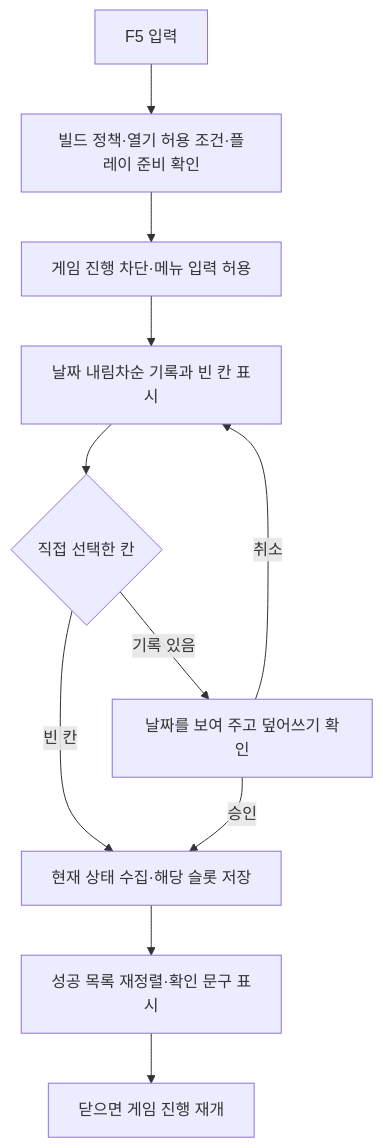
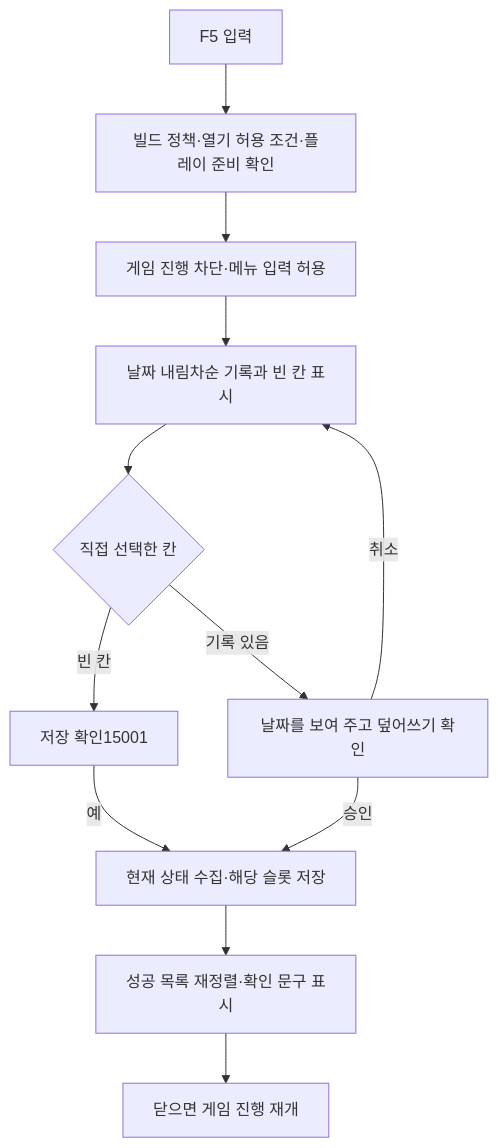
One commit to lkhwcf-arch/Human_Ghost- changed the sixth of 7 diagrams in Docs/개발자용 설계문서/저장 기능 설계.md. Above: the diagram before and after it, drawn with Mermaid. The commit also changed other lines of this file and 38 other files, not shown here.

````diff
--- a/Docs/개발자용 설계문서/저장 기능 설계.md
+++ b/Docs/개발자용 설계문서/저장 기능 설계.md
@@ -192,13 +192,14 @@
 ```mermaid
 flowchart TD
     A[F5 입력] --> B[빌드 정책·열기 허용 조건·플레이 준비 확인]
     B --> C[게임 진행 차단·메뉴 입력 허용]
     C --> D[날짜 내림차순 기록과 빈 칸 표시]
     D --> E{직접 선택한 칸}
-    E -->|빈 칸| G[현재 상태 수집·해당 슬롯 저장]
+    E -->|빈 칸| F2[저장 확인15001]
+    F2 -->|예| G[현재 상태 수집·해당 슬롯 저장]
     E -->|기록 있음| F[날짜를 보여 주고 덮어쓰기 확인]
     F -->|승인| G
     F -->|취소| D
     G --> H[성공 목록 재정렬·확인 문구 표시]
     H --> I[닫으면 게임 진행 재개]
 ```
````
